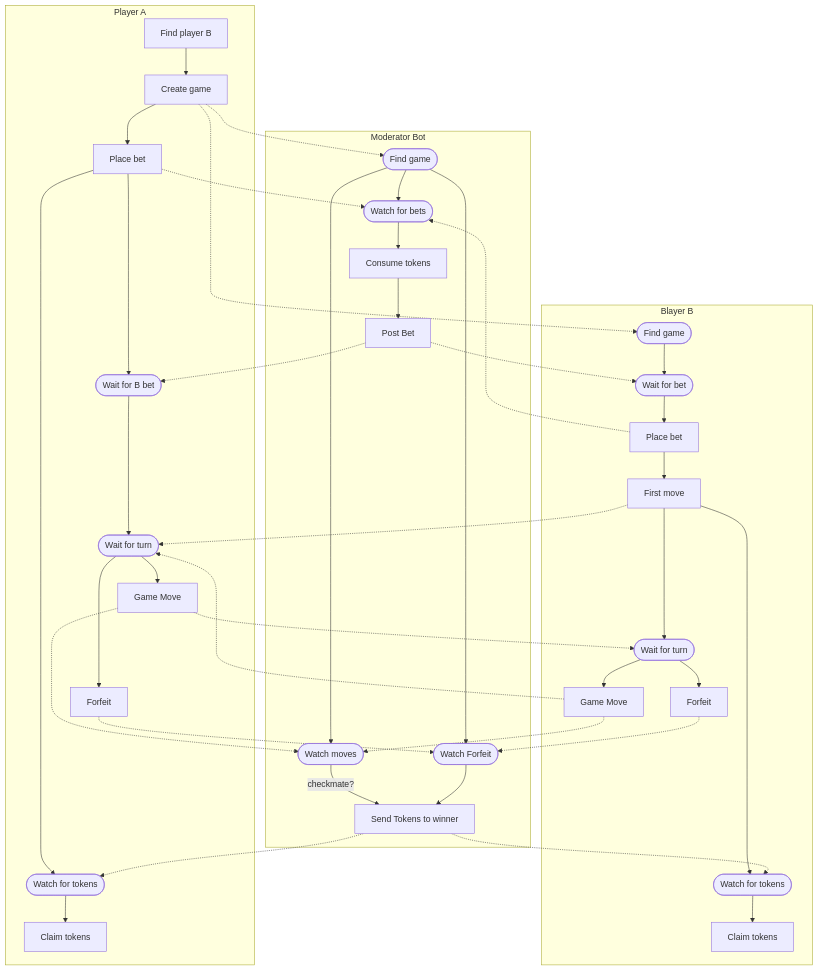
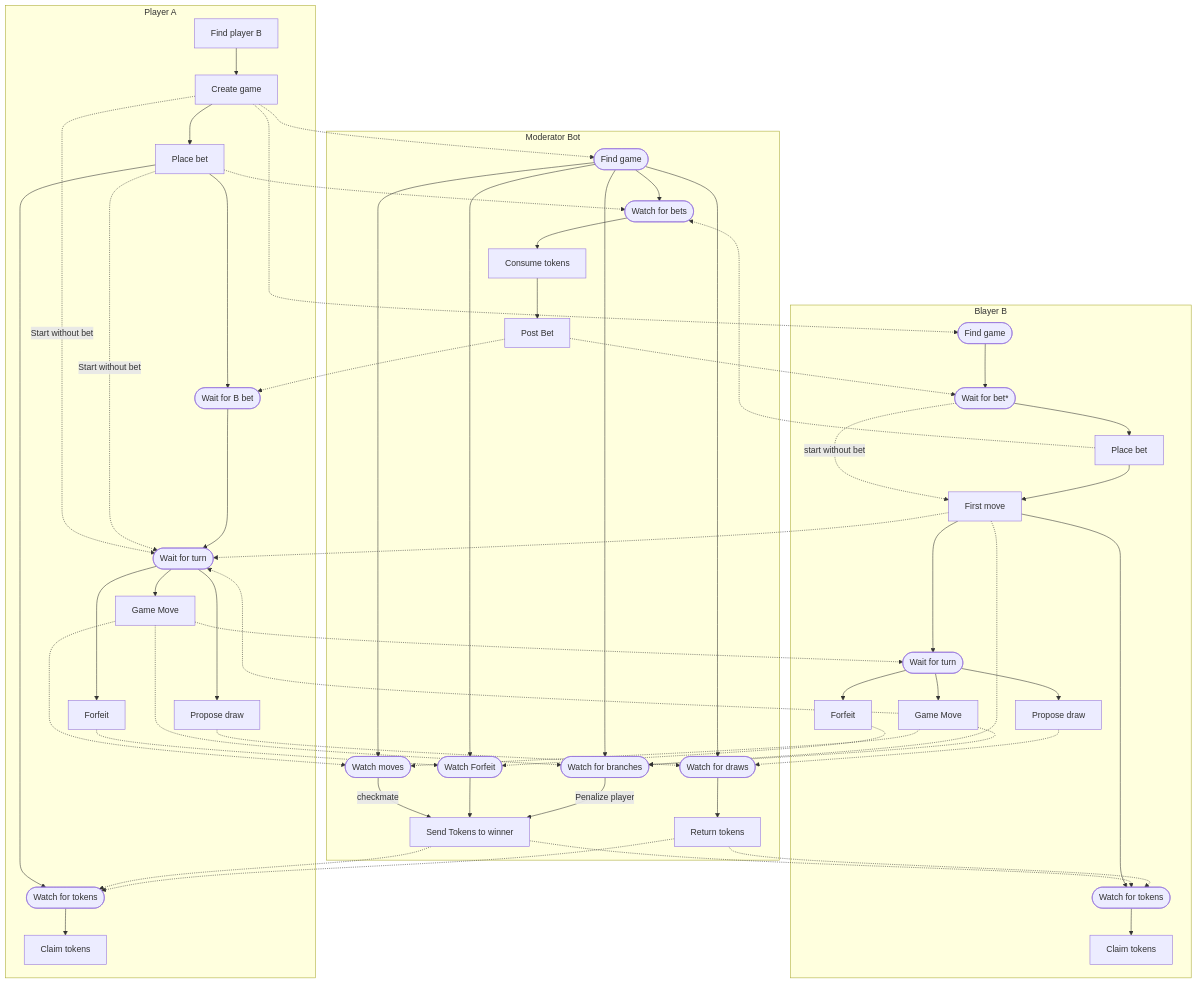
One commit to hzrd149/chessnut changed the second of 2 diagrams in README.md. Above: the diagram before and after it, drawn with Mermaid. The commit also changed other lines of this file, not shown here.

Commit message:
add draw event and penalty states

````diff
--- a/README.md
+++ b/README.md
@@ -110,51 +124,66 @@
 ```mermaid
 flowchart TD
     subgraph Player A
     afindPlayer[Find player B]-->aCreateGame[Create game]
-
     aCreateGame-->aPlaceBet[Place bet]
+    aCreateGame-.Start without bet.->aWaitForTurn
     aPlaceBet--> aWaitForBet([Wait for B bet])
-    aWaitForBet --> aWaitForTurn([Wait for turn])
-    aWaitForTurn --> aGameMove[Game Move]
+    aPlaceBet-.Start without bet.->aWaitForTurn
+    aWaitForBet-->aWaitForTurn([Wait for turn])
+    aWaitForTurn-->aGameMove[Game Move]
     aWaitForTurn-->aForfeit[Forfeit]
+    aWaitForTurn-->aProposeDraw[Propose draw]
     aPlaceBet-->aWatchTokens([Watch for tokens])
     aWatchTokens-->aClaimTokens[Claim tokens]
     end
 
     subgraph Moderator Bot
-    modFindGame([Find game]) --> modWatchForBets([Watch for bets])
+    modFindGame([Find game])-->modWatchForBets([Watch for bets])
     modWatchForBets-->modConsumeToken[Consume tokens]
     modConsumeToken-->modPostBet[Post Bet]
-    modFindGame --> modWatchMove([Watch moves])
-    modFindGame --> modWatchForfeit([Watch Forfeit])
-    modWatchMove-- checkmate? -->modSendTokens[Send Tokens to winner]
+    modFindGame-->modWatchMove([Watch moves])
+    modFindGame-->modWatchForfeit([Watch Forfeit])
+    modFindGame-->modWatchForDraw([Watch for draws])
+    modFindGame-->modWatchForBranches([Watch for branches])
+    modWatchMove--checkmate-->modSendTokens[Send Tokens to winner]
     modWatchForfeit-->modSendTokens
+    modWatchForDraw-->modReturnTokens[Return tokens]
+    modWatchForBranches--Penalize player-->modSendTokens
     end
 
     subgraph Blayer B
-    bLookForGames([Find game]) --> bWaitForBet([Wait for bet])
-    bWaitForBet --> bPlaceBet[Place bet]
-    bPlaceBet --> bFirstMove[First move]
-    bFirstMove -.-> aWaitForTurn
-    bFirstMove --> bWaitForTurn([Wait for turn])
+    bLookForGames([Find game])-->bWaitForBet([Wait for bet*])
+    bWaitForBet-.start without bet.->bFirstMove
+    bWaitForBet-->bPlaceBet[Place bet]
+    bPlaceBet-->bFirstMove[First move]
+    bFirstMove-->bWaitForTurn([Wait for turn])
     bFirstMove-->bWatchTokens([Watch for tokens])
     bWaitForTurn --> bGameMove[Game Move]
     bWaitForTurn-->bForfeit[Forfeit]
+    bWaitForTurn-->bProposeDraw[Propose draw]
     bWatchTokens-->bClaimTokens[Claim tokens]
     end
 
     aPlaceBet-.->modWatchForBets
     bPlaceBet-.->modWatchForBets
+    bFirstMove-.->aWaitForTurn
     modPostBet-.->bWaitForBet
     modPostBet-.->aWaitForBet
     aCreateGame-.->bLookForGames
     aCreateGame-.->modFindGame
     aGameMove-.->bWaitForTurn
     bGameMove-.->aWaitForTurn
     aGameMove-.->modWatchMove
     bGameMove-.->modWatchMove
     aForfeit-.->modWatchForfeit
     bForfeit-.->modWatchForfeit
     modSendTokens-.->aWatchTokens
     modSendTokens-.->bWatchTokens
+    aProposeDraw-.->modWatchForDraw
+    bProposeDraw-.->modWatchForDraw
+    modReturnTokens-.->aWatchTokens
+    modReturnTokens-.->bWatchTokens
+    bFirstMove-.->modWatchForBranches
+    bGameMove-.->modWatchForBranches
+    aGameMove-.->modWatchForBranches
 ```
````
